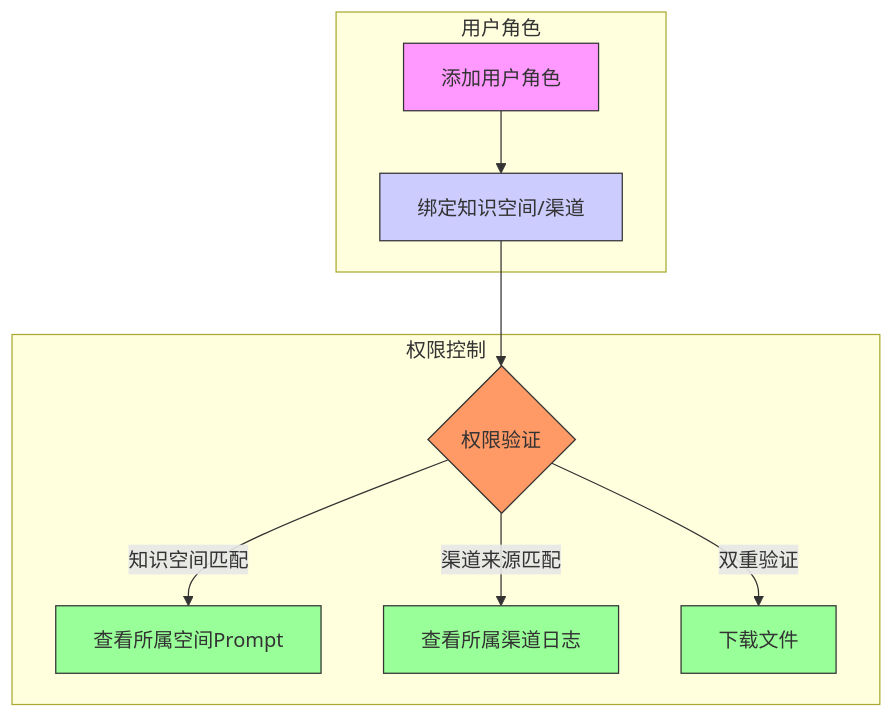
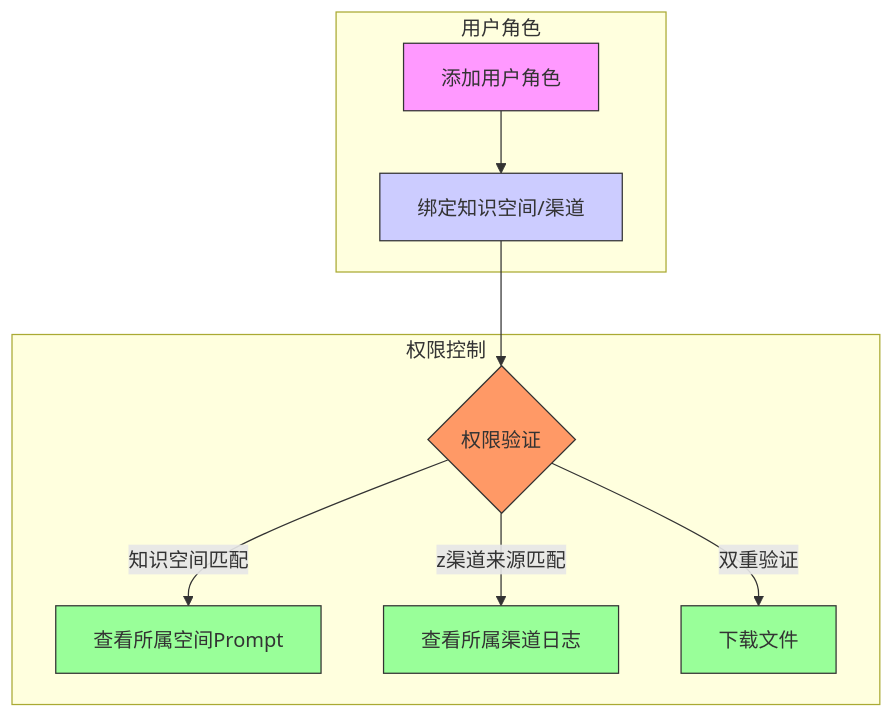
Before and after one commit to funnyData/iodraw-files: the diagram in all/未命名-2.md, drawn with Mermaid.

Commit message:
2025-03-11 19:22:03 update

````diff
--- a/all/未命名-2.md
+++ b/all/未命名-2.md
@@ -1,20 +1,20 @@
 ```mermaid
 flowchart TD
     subgraph 用户角色
         A[添加用户角色] --> B[绑定知识空间/渠道]
     end
 
     subgraph 权限控制
         B --> F{权限验证}
         F -->|知识空间匹配| C[查看所属空间Prompt]
-        F -->|渠道来源匹配| D[查看所属渠道日志]
+        F -->|z渠道来源匹配| D[查看所属渠道日志]
         F -->|双重验证| E[下载文件]
     end
 
     style A fill:#f9f,stroke:#333
     style B fill:#ccf,stroke:#333
     style F fill:#f96,stroke:#333
     style C fill:#9f9,stroke:#333
     style D fill:#9f9,stroke:#333
     style E fill:#9f9,stroke:#333
 ```
````
